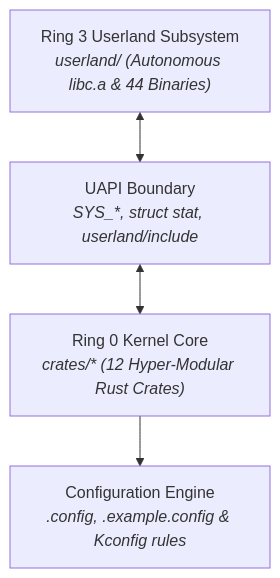
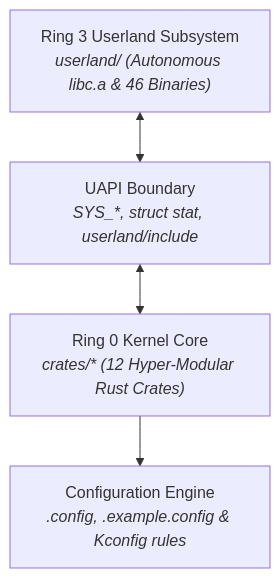
Before and after one commit to mrvlous/keira: the diagram in docs/architecture/README.md, drawn with Mermaid. The commit also changed other lines of this file and 1 other file, not shown here.

Commit message:
refactor(arch): purge distro-style terminology in architecture and uapi docs

````diff
--- a/docs/architecture/README.md
+++ b/docs/architecture/README.md
@@ -11,6 +11,6 @@
 ```mermaid
 graph TD
-    Userland["Ring 3 Userland Subsystem<br/><i>userland/ (Autonomous libc.a & 44 Binaries)</i>"] <--> UAPI["UAPI Boundary<br/><i>SYS_*, struct stat, userland/include</i>"]
+    Userland["Ring 3 Userland Subsystem<br/><i>userland/ (Autonomous libc.a & 46 Binaries)</i>"] <--> UAPI["UAPI Boundary<br/><i>SYS_*, struct stat, userland/include</i>"]
     UAPI <--> Kernel["Ring 0 Kernel Core<br/><i>crates/* (12 Hyper-Modular Rust Crates)</i>"]
     Kernel --> Config["Configuration Engine<br/><i>.config, .example.config & Kconfig rules</i>"]
 ```
````
